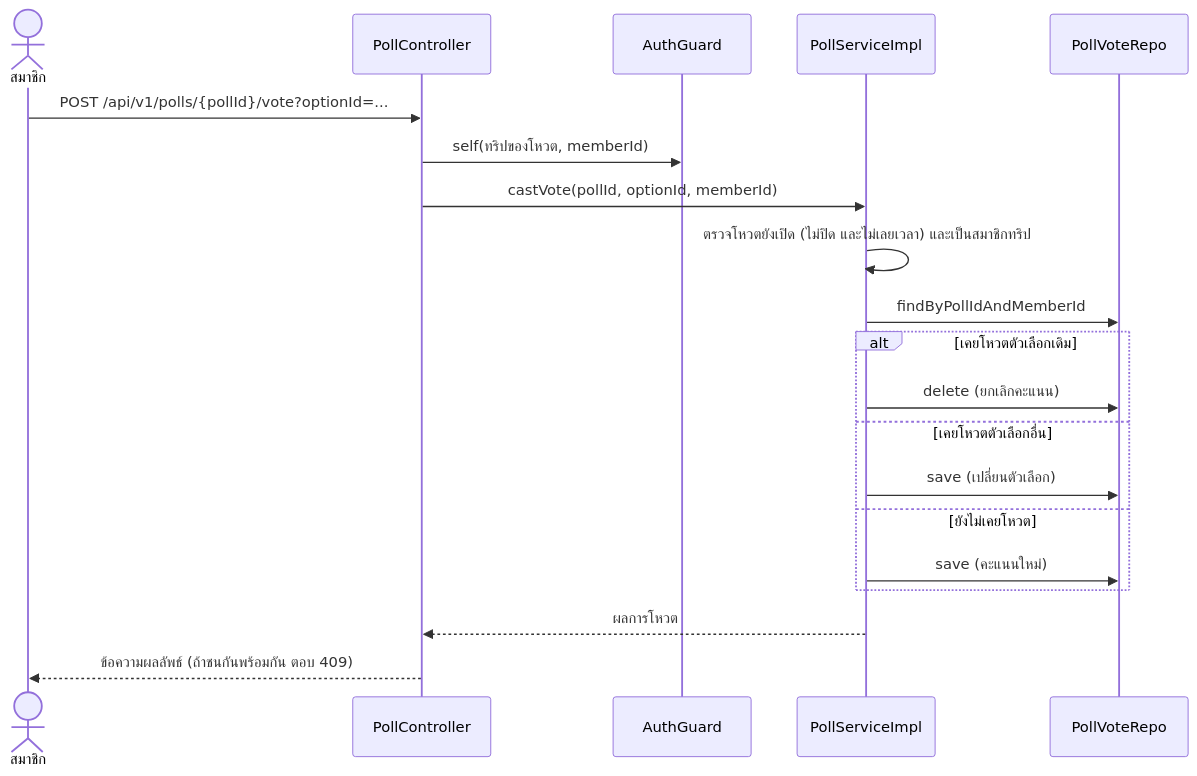
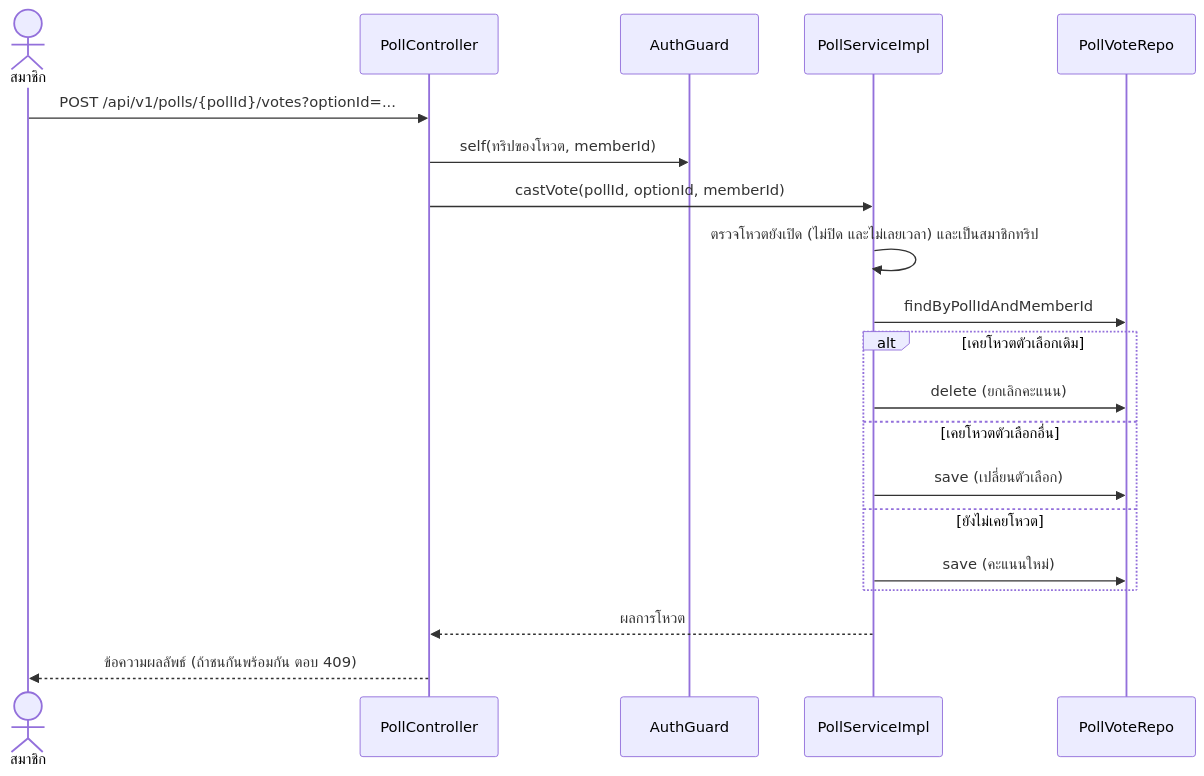
Before and after one commit to txark/Trip_Spitter: the fifth of 5 diagrams in doc/diagrams/04-sequence-diagrams.md, drawn with Mermaid. The commit also changed other lines of this file and 31 other files, not shown here.

````diff
--- a/doc/diagrams/04-sequence-diagrams.md
+++ b/doc/diagrams/04-sequence-diagrams.md
@@ -121,22 +121,22 @@
 ```mermaid
 sequenceDiagram
     actor U as สมาชิก
     participant C as PollController
     participant G as AuthGuard
     participant S as PollServiceImpl
     participant VR as PollVoteRepo
-    U->>C: POST /api/v1/polls/{pollId}/vote?optionId=...
+    U->>C: POST /api/v1/polls/{pollId}/votes?optionId=...
     C->>G: self(ทริปของโหวต, memberId)
     C->>S: castVote(pollId, optionId, memberId)
     S->>S: ตรวจโหวตยังเปิด (ไม่ปิด และไม่เลยเวลา) และเป็นสมาชิกทริป
     S->>VR: findByPollIdAndMemberId
     alt เคยโหวตตัวเลือกเดิม
         S->>VR: delete (ยกเลิกคะแนน)
     else เคยโหวตตัวเลือกอื่น
         S->>VR: save (เปลี่ยนตัวเลือก)
     else ยังไม่เคยโหวต
         S->>VR: save (คะแนนใหม่)
     end
     S-->>C: ผลการโหวต
     C-->>U: ข้อความผลลัพธ์ (ถ้าชนกันพร้อมกัน ตอบ 409)
 ```
````
